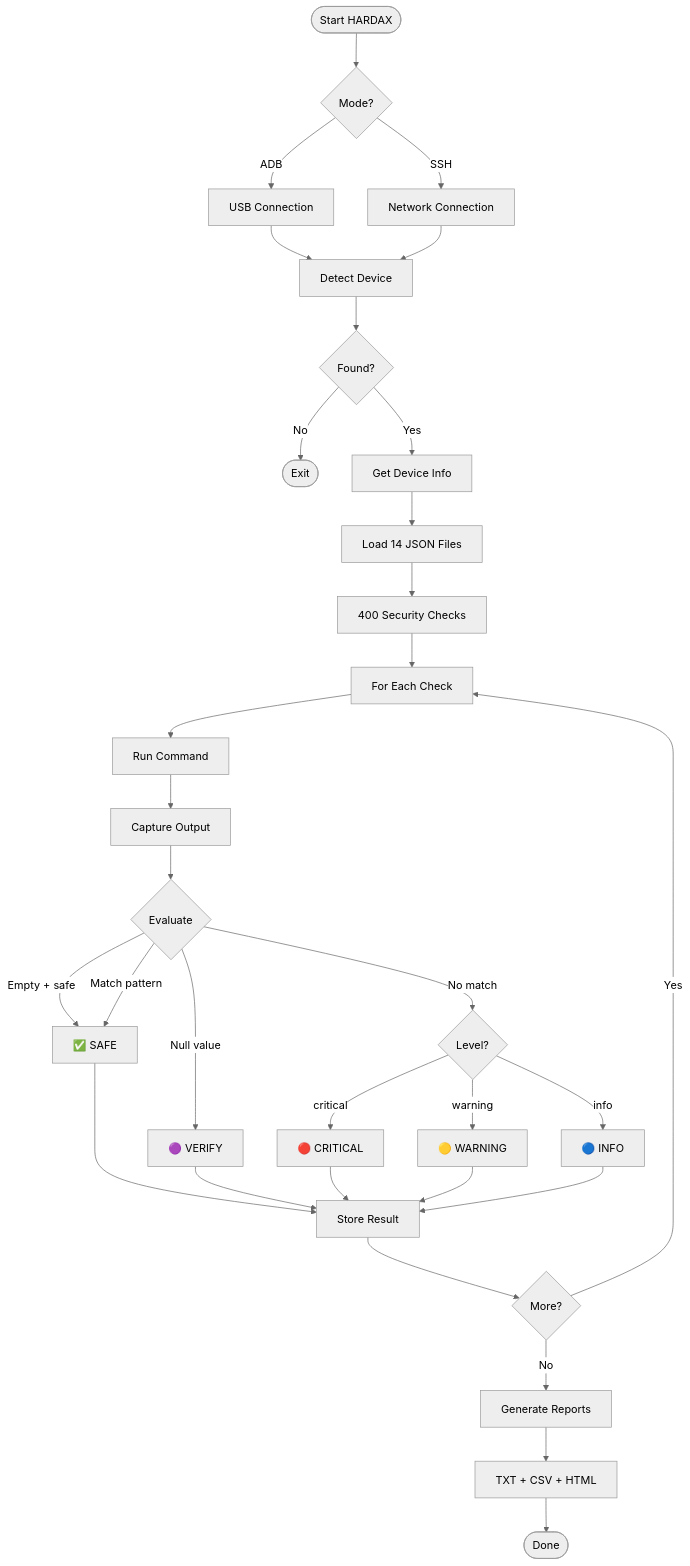
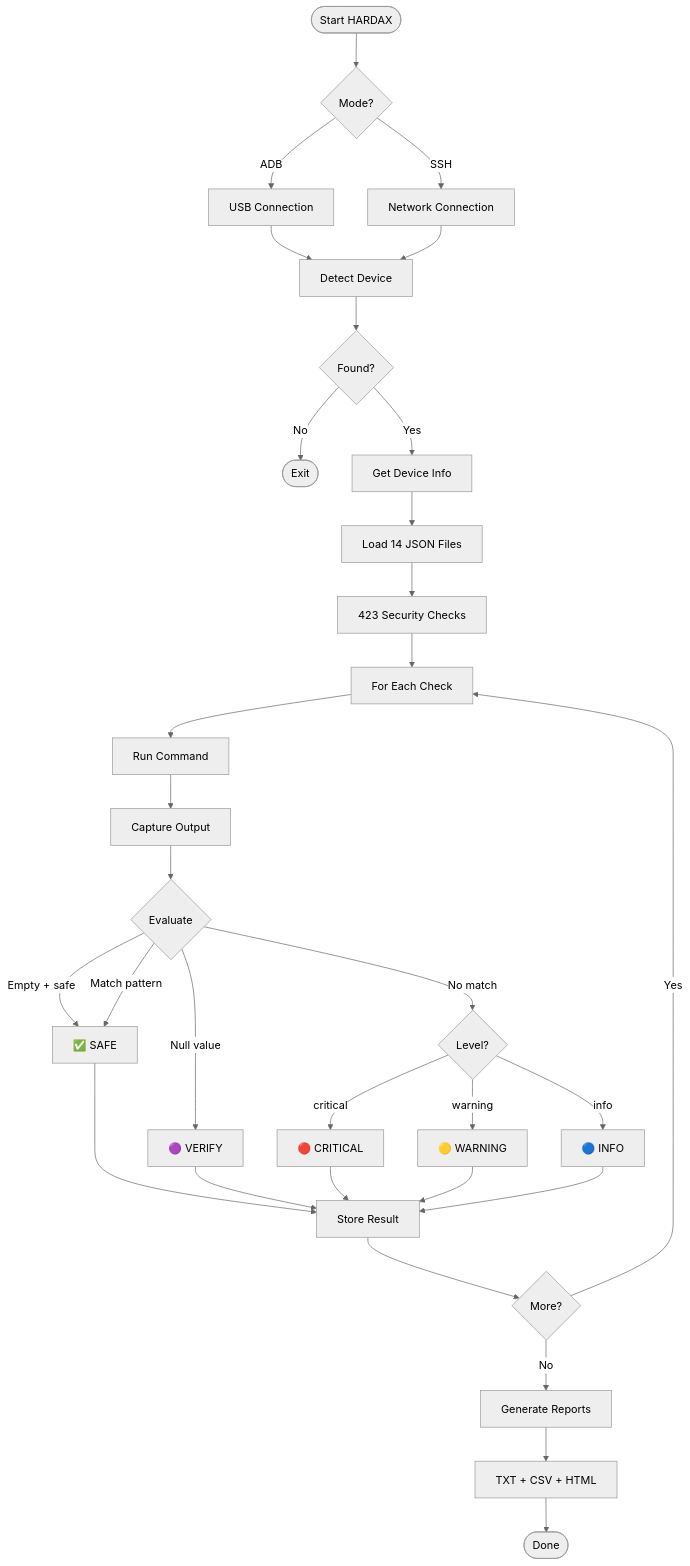
Before and after one commit to kekanath/hardax: the diagram in README.md, drawn with Mermaid (neutral theme).

````diff
--- a/README.md
+++ b/README.md
@@ -216,30 +216,30 @@
 ```mermaid
 flowchart TD
     A([Start HARDAX]) --> B{Mode?}
     B -->|ADB| C[USB Connection]
     B -->|SSH| D[Network Connection]
     C --> E[Detect Device]
     D --> E
     E --> F{Found?}
     F -->|No| G([Exit])
     F -->|Yes| H[Get Device Info]
     H --> I[Load 14 JSON Files]
-    I --> J[400 Security Checks]
+    I --> J[423 Security Checks]
     J --> K[For Each Check]
     K --> L[Run Command]
     L --> M[Capture Output]
     M --> N{Evaluate}
     N -->|Empty + safe| O[✅ SAFE]
     N -->|Match pattern| O
     N -->|Null value| P[🟣 VERIFY]
     N -->|No match| Q{Level?}
     Q -->|critical| R[🔴 CRITICAL]
     Q -->|warning| S[🟡 WARNING]
     Q -->|info| T[🔵 INFO]
     O & P & R & S & T --> U[Store Result]
     U --> V{More?}
     V -->|Yes| K
     V -->|No| W[Generate Reports]
     W --> X[TXT + CSV + HTML]
     X --> Y([Done])
 ```
````
